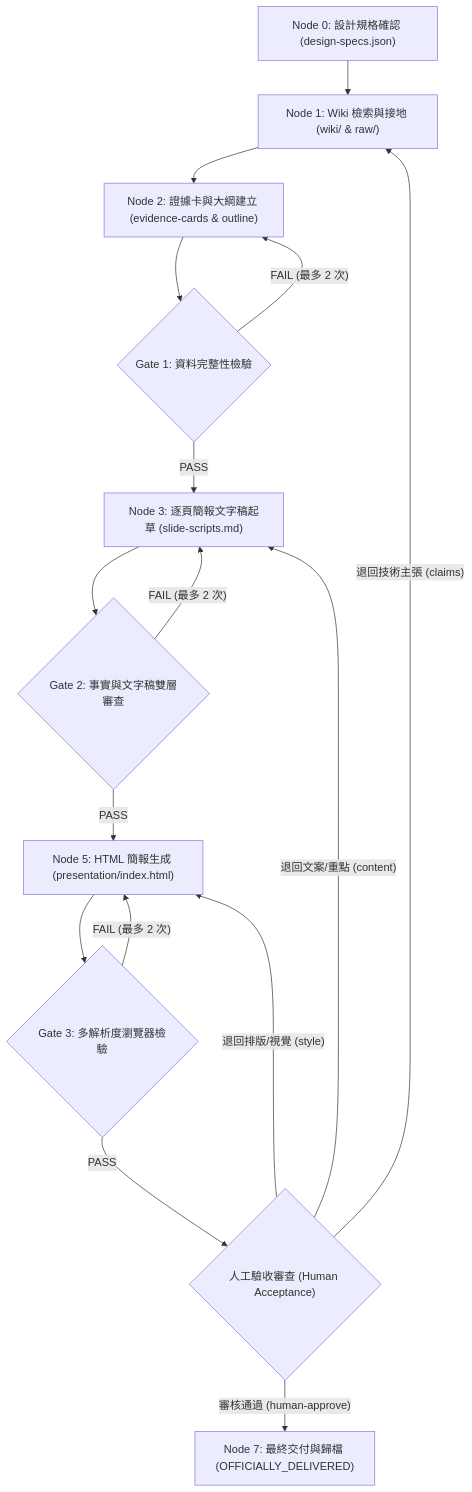
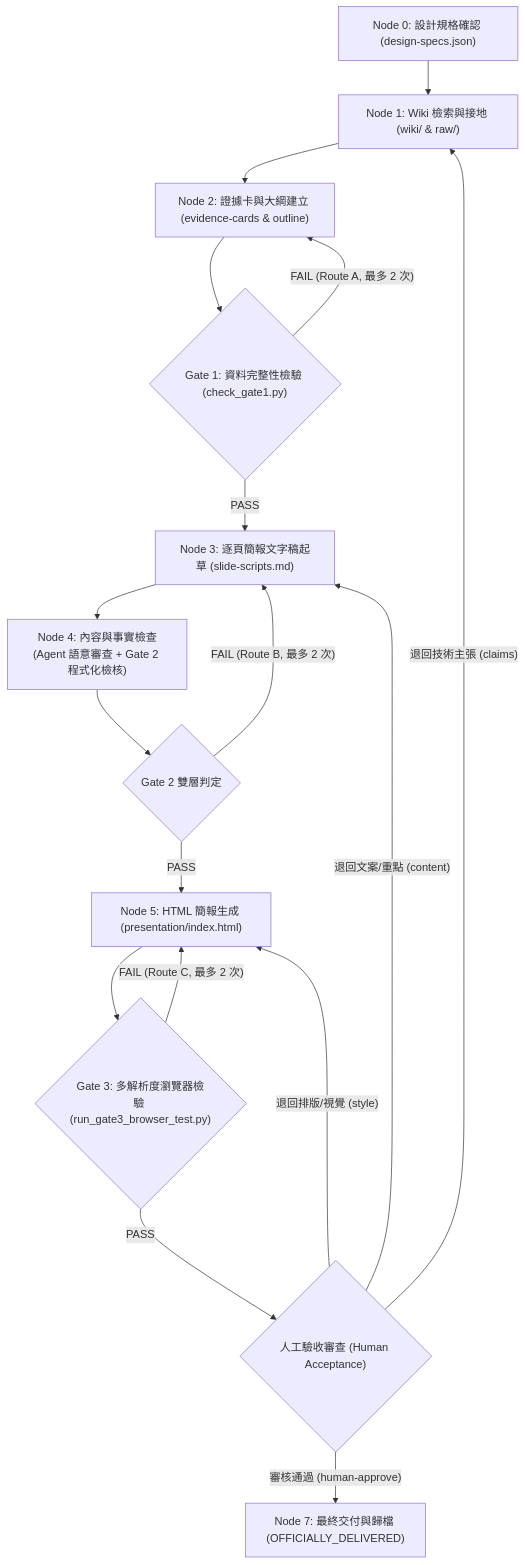
The diagram in README.md (Shyluck-L/music-audio-wiki), drawn with Mermaid before and after one commit. The commit also changed other lines of this file, not shown here.

Commit message:
docs: 完善 README 12 頁目錄、GitHub Pages 正式網址與 Node 4 流程架構圖

````diff
--- a/README.md
+++ b/README.md
@@ -76,18 +76,19 @@
 ```mermaid
 flowchart TD
     N0["Node 0: 設計規格確認 (design-specs.json)"] --> N1["Node 1: Wiki 檢索與接地 (wiki/ & raw/)"]
     N1 --> N2["Node 2: 證據卡與大綱建立 (evidence-cards & outline)"]
-    N2 --> G1{"Gate 1: 資料完整性檢驗"}
-    G1 -- "FAIL (最多 2 次)" --> N2
+    N2 --> G1{"Gate 1: 資料完整性檢驗 (check_gate1.py)"}
+    G1 -- "FAIL (Route A, 最多 2 次)" --> N2
     G1 -- "PASS" --> N3["Node 3: 逐頁簡報文字稿起草 (slide-scripts.md)"]
-    N3 --> G2{"Gate 2: 事實與文字稿雙層審查"}
-    G2 -- "FAIL (最多 2 次)" --> N3
+    N3 --> N4["Node 4: 內容與事實檢查<br/>(Agent 語意審查 + Gate 2 程式化檢核)"]
+    N4 --> G2{"Gate 2 雙層判定"}
+    G2 -- "FAIL (Route B, 最多 2 次)" --> N3
     G2 -- "PASS" --> N5["Node 5: HTML 簡報生成 (presentation/index.html)"]
-    N5 --> G3{"Gate 3: 多解析度瀏覽器檢驗"}
-    G3 -- "FAIL (最多 2 次)" --> N5
+    N5 --> G3{"Gate 3: 多解析度瀏覽器檢驗 (run_gate3_browser_test.py)"}
+    G3 -- "FAIL (Route C, 最多 2 次)" --> N5
     G3 -- "PASS" --> HR{"人工驗收審查 (Human Acceptance)"}
     HR -- "退回文案/重點 (content)" --> N3
     HR -- "退回排版/視覺 (style)" --> N5
     HR -- "退回技術主張 (claims)" --> N1
     HR -- "審核通過 (human-approve)" --> N7["Node 7: 最終交付與歸檔 (OFFICIALLY_DELIVERED)"]
 ```
````
